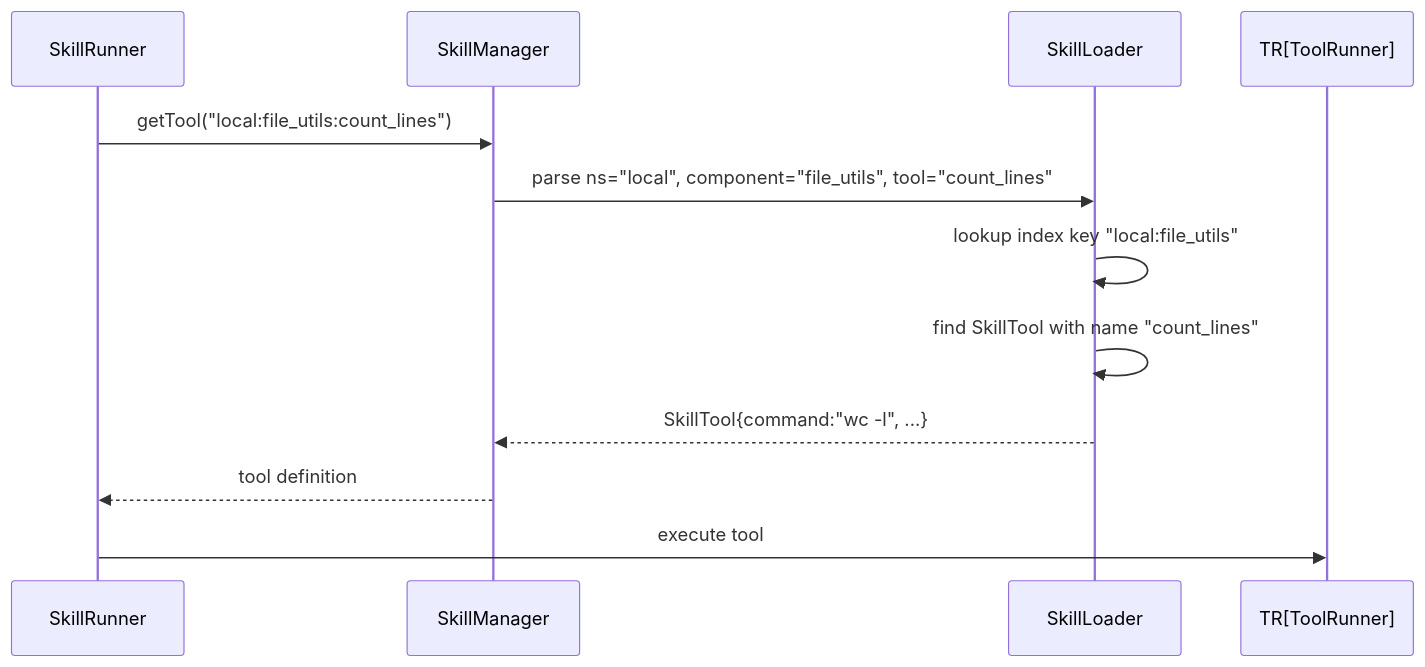
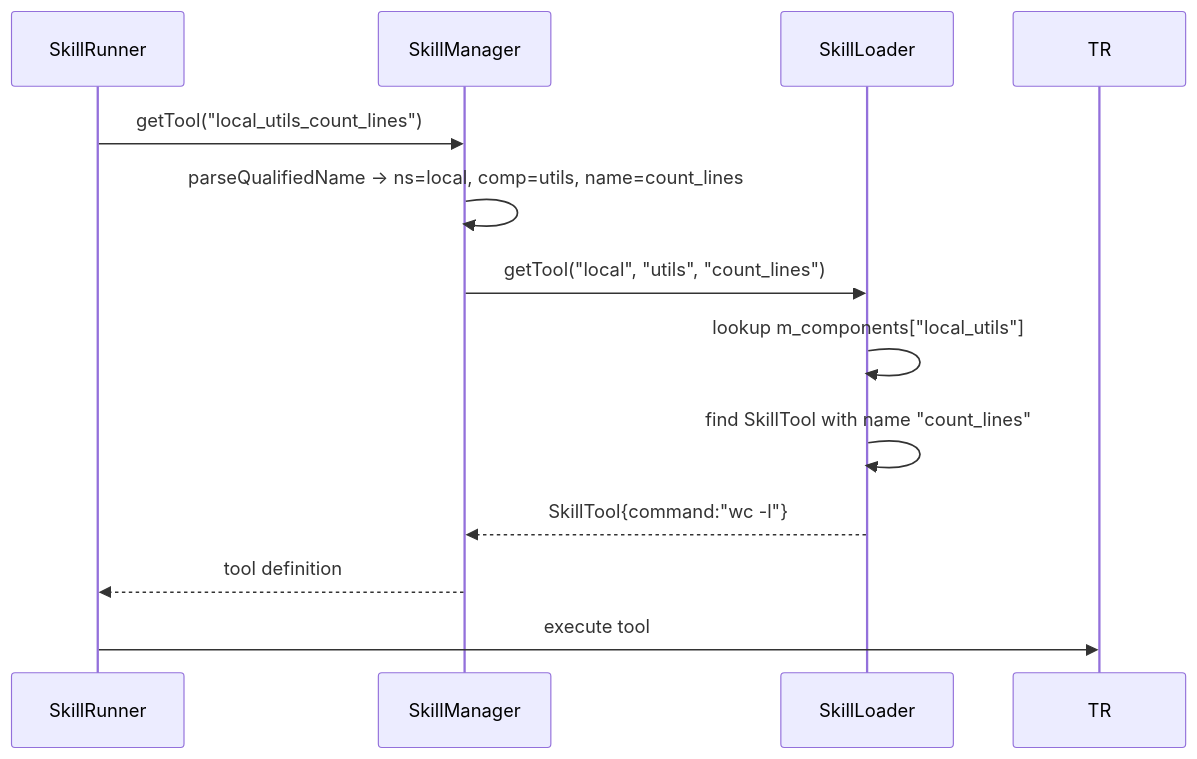
One commit to opensassi/a0 changed the fourth of 4 diagrams in src/skills/technical-specification.md. Above: the diagram before and after it, drawn with Mermaid. The commit also changed other lines of this file and 165 other files, not shown here.

````diff
--- a/src/skills/technical-specification.md
+++ b/src/skills/technical-specification.md
@@ -658,14 +648,15 @@
 ```mermaid
 sequenceDiagram
     participant SR as SkillRunner
     participant SM as SkillManager
     participant SL as SkillLoader
 
-    SR->>SM: getTool("local:file_utils:count_lines")
-    SM->>SL: parse ns="local", component="file_utils", tool="count_lines"
-    SL->>SL: lookup index key "local:file_utils"
+    SR->>SM: getTool("local_utils_count_lines")
+    SM->>SM: parseQualifiedName → ns=local, comp=utils, name=count_lines
+    SM->>SL: getTool("local", "utils", "count_lines")
+    SL->>SL: lookup m_components["local_utils"]
     SL->>SL: find SkillTool with name "count_lines"
-    SL-->>SM: SkillTool{command:"wc -l", ...}
+    SL-->>SM: SkillTool{command:"wc -l"}
     SM-->>SR: tool definition
-    SR->>TR[ToolRunner]: execute tool
+    SR->>TR: execute tool
 ```
````
